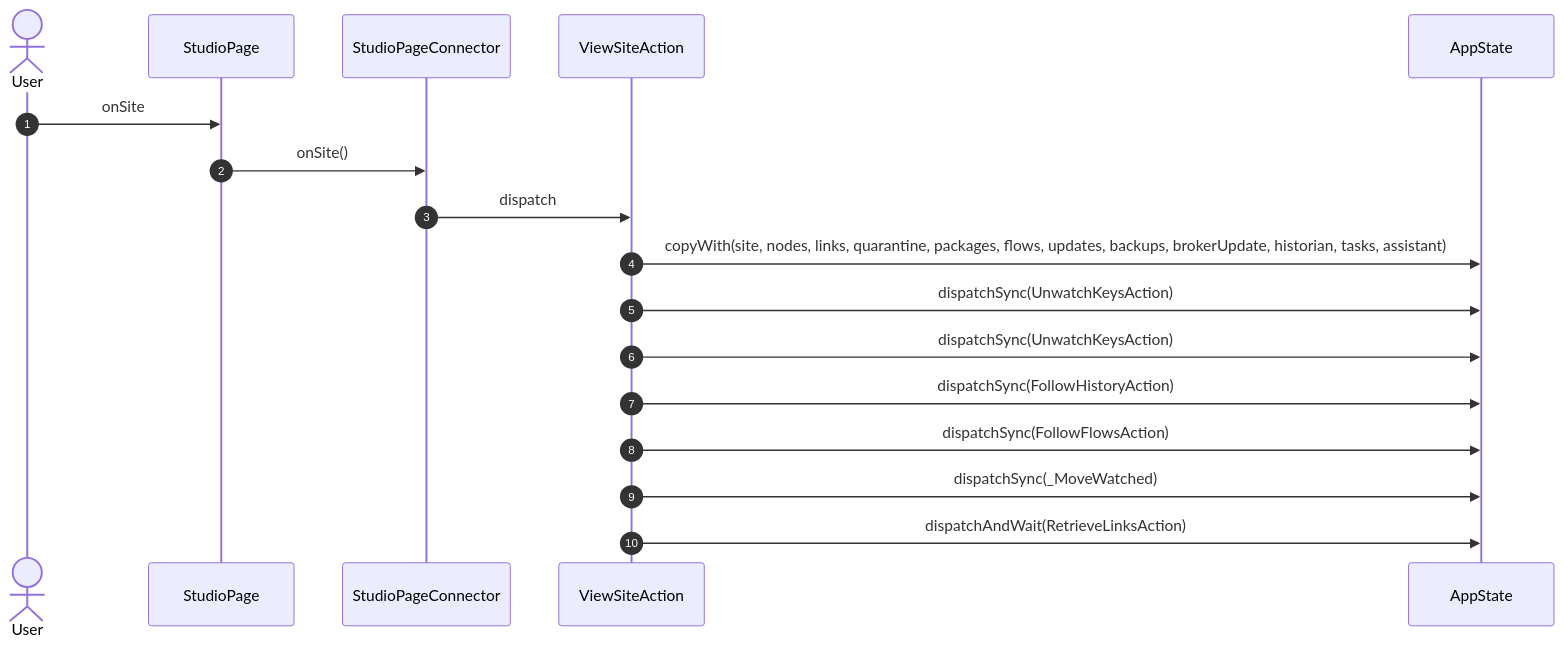
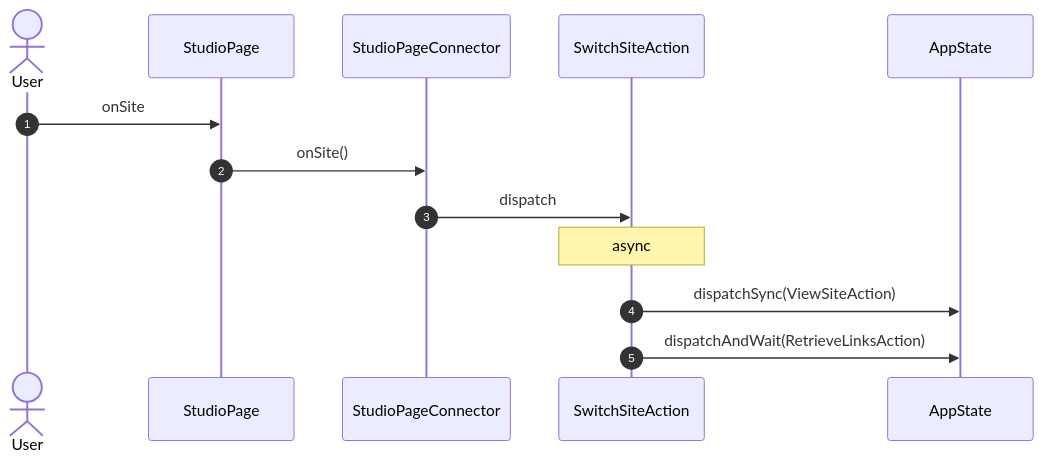
One commit to gencto/wyrm changed the second of 18 diagrams in studio/docs/flows/studio.md. Above: the diagram before and after it, drawn with Mermaid. The commit also changed other lines of this file and 52 other files, not shown here.

````diff
--- a/studio/docs/flows/studio.md
+++ b/studio/docs/flows/studio.md
@@ -24,20 +24,16 @@
 ```mermaid
 sequenceDiagram
     autonumber
     actor User
     participant UI as StudioPage
     participant VM as StudioPageConnector
-    participant A1 as ViewSiteAction
+    participant A1 as SwitchSiteAction
     participant ST as AppState
 
     User->>UI: onSite
     UI->>VM: onSite()
     VM->>A1: dispatch
-    A1->>ST: copyWith(site, nodes, links, quarantine, packages, flows, updates, backups, brokerUpdate, historian, tasks, assistant)
-    A1->>ST: dispatchSync(UnwatchKeysAction)
-    A1->>ST: dispatchSync(UnwatchKeysAction)
-    A1->>ST: dispatchSync(FollowHistoryAction)
-    A1->>ST: dispatchSync(FollowFlowsAction)
-    A1->>ST: dispatchSync(_MoveWatched)
+    Note over A1: async
+    A1->>ST: dispatchSync(ViewSiteAction)
     A1->>ST: dispatchAndWait(RetrieveLinksAction)
 ```
````
